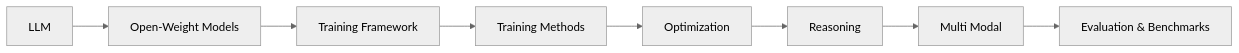
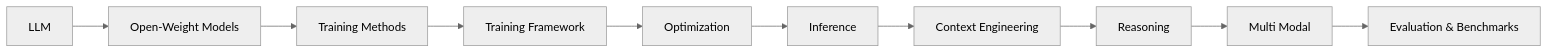
One commit to simjaecheol/all-about-llm changed the fourth of 7 diagrams in README.md. Above: the diagram before and after it, drawn with Mermaid (neutral theme). The commit also changed other lines of this file and 5 other files, not shown here.

````diff
--- a/README.md
+++ b/README.md
@@ -58,10 +68,12 @@
 ```mermaid
 flowchart LR
     A[LLM] --> B[Open-Weight Models]
-    B --> C[Training Framework]
-    C --> D[Training Methods]
+    B --> C[Training Methods]
+    C --> D[Training Framework]
     D --> E[Optimization]
-    E --> F[Reasoning]
-    F --> G[Multi Modal]
-    G --> H[Evaluation & Benchmarks]
+    E --> F[Inference]
+    F --> G[Context Engineering]
+    G --> H[Reasoning]
+    H --> I[Multi Modal]
+    I --> J["Evaluation & Benchmarks"]
 ```
````
